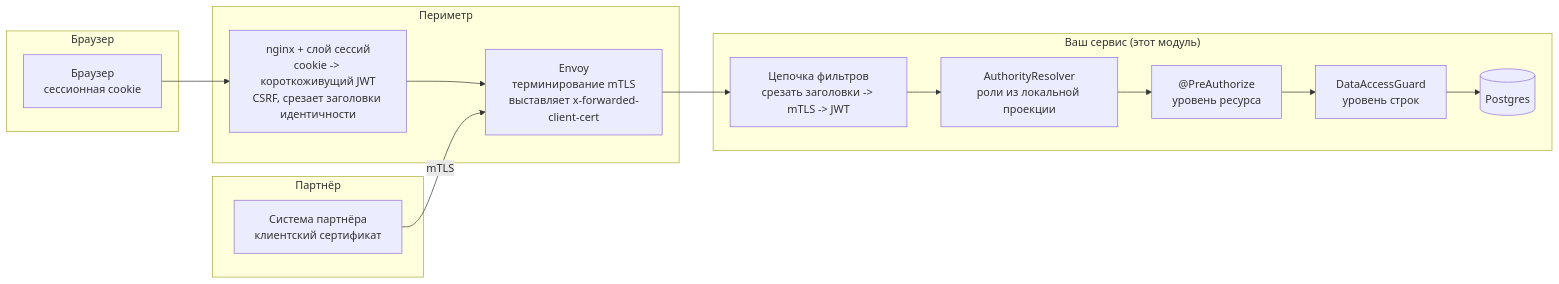
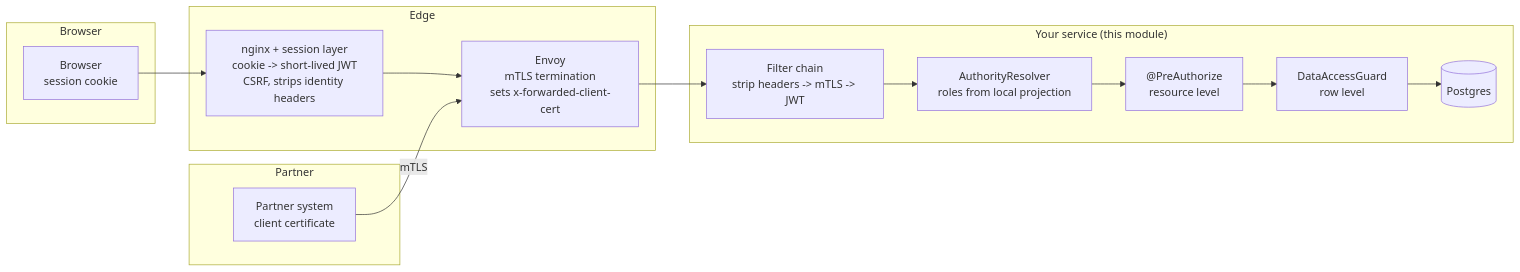
Before and after one commit to LudwigAndreas/java-ludwig-common: the diagram in sources/security-spring-boot-starter/README.ru.md, drawn with Mermaid. The commit also changed other lines of this file and 95 other files, not shown here.

````diff
--- a/sources/security-spring-boot-starter/README.ru.md
+++ b/sources/security-spring-boot-starter/README.ru.md
@@ -57,23 +45,23 @@
 ```mermaid
 flowchart LR
-    subgraph Browser["Браузер"]
-        B["Браузер<br/>сессионная cookie"]
+    subgraph Browser
+        B["Browser<br/>session cookie"]
     end
-    subgraph Partner["Партнёр"]
-        P["Система партнёра<br/>клиентский сертификат"]
+    subgraph Partner
+        P["Partner system<br/>client certificate"]
     end
-    subgraph Edge["Периметр"]
-        N["nginx + слой сессий<br/>cookie -> короткоживущий JWT<br/>CSRF, срезает заголовки идентичности"]
-        E["Envoy<br/>терминирование mTLS<br/>выставляет x-forwarded-client-cert"]
+    subgraph Edge
+        N["nginx + session layer<br/>cookie -> short-lived JWT<br/>CSRF, strips identity headers"]
+        E["Envoy<br/>mTLS termination<br/>sets x-forwarded-client-cert"]
     end
-    subgraph Service["Ваш сервис (этот модуль)"]
-        F["Цепочка фильтров<br/>срезать заголовки -> mTLS -> JWT"]
-        A["AuthorityResolver<br/>роли из локальной проекции"]
-        R["@PreAuthorize<br/>уровень ресурса"]
-        D["DataAccessGuard<br/>уровень строк"]
+    subgraph Service["Your service (this module)"]
+        F["Filter chain<br/>strip headers -> mTLS -> JWT"]
+        A["AuthorityResolver<br/>roles from local projection"]
+        R["@PreAuthorize<br/>resource level"]
+        D["DataAccessGuard<br/>row level"]
         Q[("Postgres")]
     end
     B --> N --> E
     P -- mTLS --> E
     E --> F --> A --> R --> D --> Q
 ```
````
